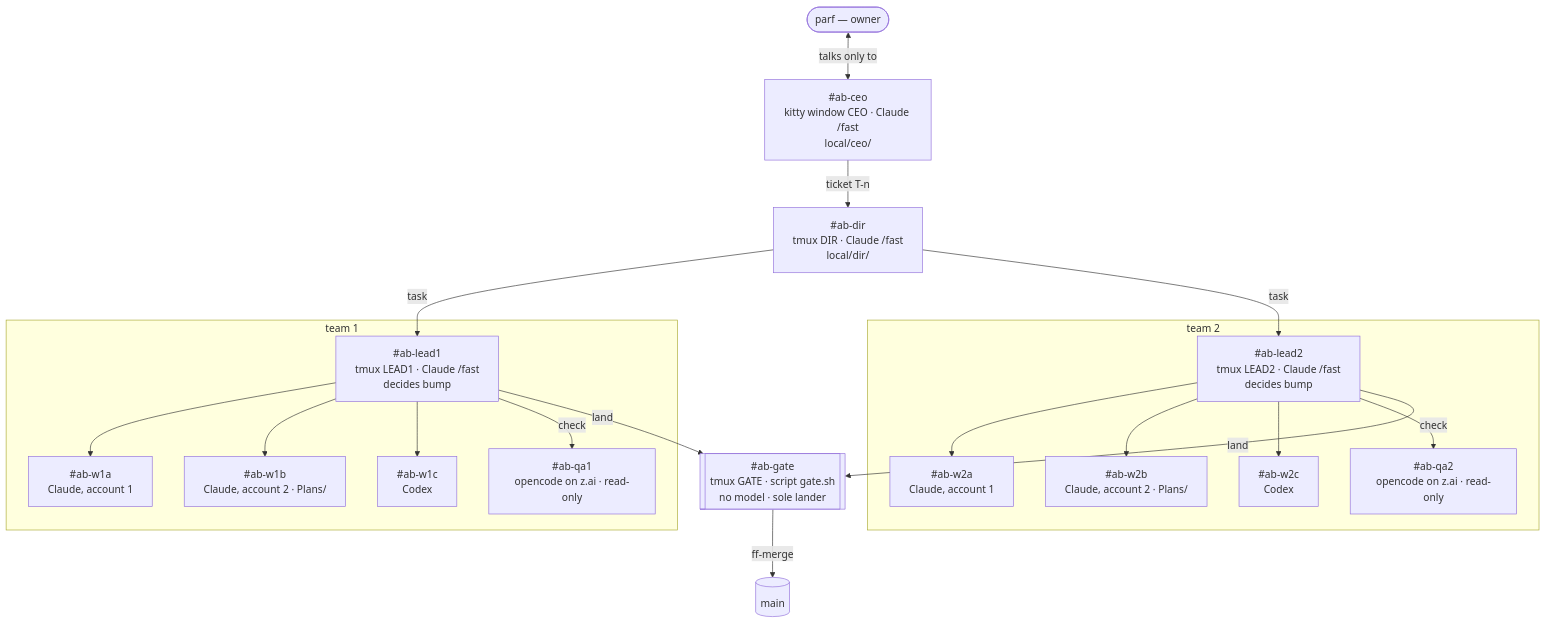
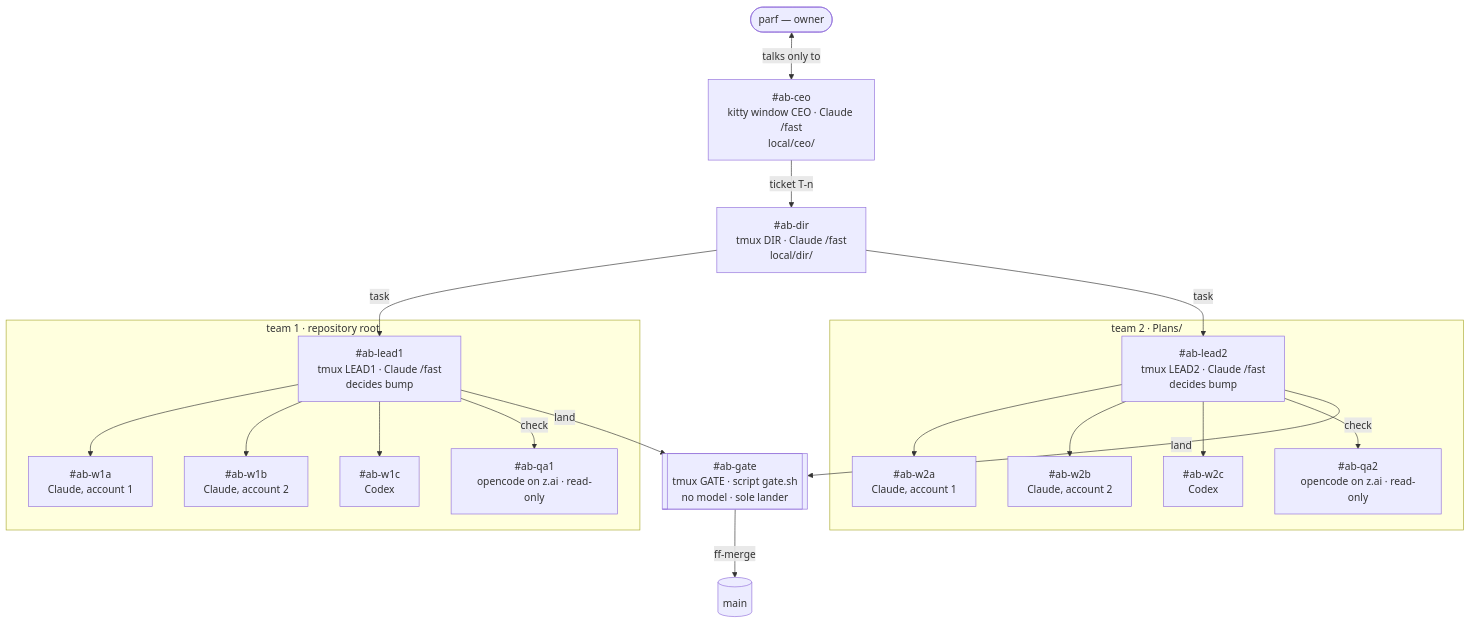
Before and after one commit to parf/ai-agent-bus: the first of 2 diagrams in Plans/Team.v2/README.md, drawn with Mermaid. The commit also changed other lines of this file, not shown here.

Commit message:
Team v2 runs team 1 in the repository root and team 2 in Plans

````diff
--- a/Plans/Team.v2/README.md
+++ b/Plans/Team.v2/README.md
@@ -27,31 +27,31 @@
 ```mermaid
 flowchart TD
   parf(["parf — owner"]) <-->|talks only to| ceo
   ceo["#ab-ceo<br/>kitty window CEO · Claude /fast<br/>local/ceo/"]
   dir["#ab-dir<br/>tmux DIR · Claude /fast<br/>local/dir/"]
-  subgraph team1 ["team 1"]
+  subgraph team1 ["team 1 · repository root"]
     lead1["#ab-lead1<br/>tmux LEAD1 · Claude /fast<br/>decides bump"]
     w1a["#ab-w1a<br/>Claude, account 1"]
-    w1b["#ab-w1b<br/>Claude, account 2 · Plans/"]
+    w1b["#ab-w1b<br/>Claude, account 2"]
     w1c["#ab-w1c<br/>Codex"]
     qa1["#ab-qa1<br/>opencode on z.ai · read-only"]
   end
-  subgraph team2 ["team 2"]
+  subgraph team2 ["team 2 · Plans/"]
     lead2["#ab-lead2<br/>tmux LEAD2 · Claude /fast<br/>decides bump"]
     w2a["#ab-w2a<br/>Claude, account 1"]
-    w2b["#ab-w2b<br/>Claude, account 2 · Plans/"]
+    w2b["#ab-w2b<br/>Claude, account 2"]
     w2c["#ab-w2c<br/>Codex"]
     qa2["#ab-qa2<br/>opencode on z.ai · read-only"]
   end
   gate[["#ab-gate<br/>tmux GATE · script gate.sh<br/>no model · sole lander"]]
   main[("main")]
 
   ceo -->|ticket T-n| dir
   dir -->|task| lead1 & lead2
   lead1 --> w1a & w1b & w1c
   lead1 -->|check| qa1
   lead2 --> w2a & w2b & w2c
   lead2 -->|check| qa2
   lead1 & lead2 -->|land| gate
   gate -->|ff-merge| main
 ```
````
